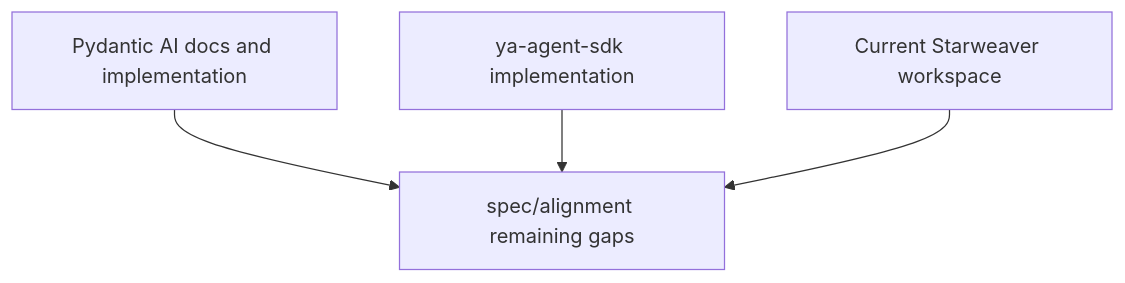
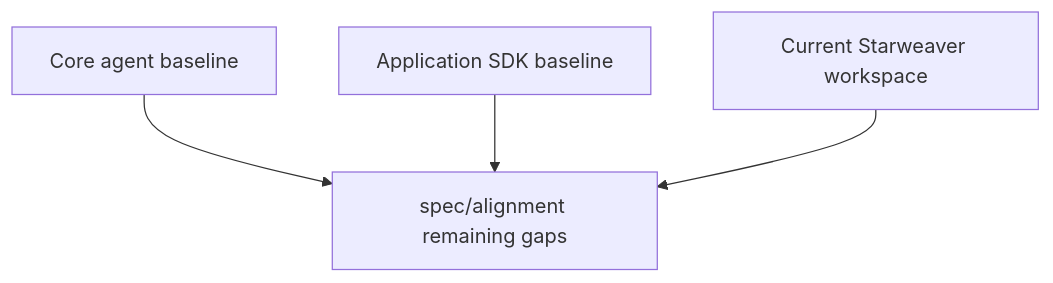
One commit to Wh1isper/starweaver changed the diagram in spec/alignment/README.md. Above: the diagram before and after it, drawn with Mermaid. The commit also changed other lines of this file and 31 other files, not shown here.

````diff
--- a/spec/alignment/README.md
+++ b/spec/alignment/README.md
@@ -14,11 +14,11 @@
 ```mermaid
 flowchart TD
-    pydantic["Pydantic AI docs and implementation"]
-    ya["ya-agent-sdk implementation"]
+    core["Core agent baseline"]
+    sdk["Application SDK baseline"]
     star["Current Starweaver workspace"]
     docs["spec/alignment remaining gaps"]
 
-    pydantic --> docs
-    ya --> docs
+    core --> docs
+    sdk --> docs
     star --> docs
 ```
````
